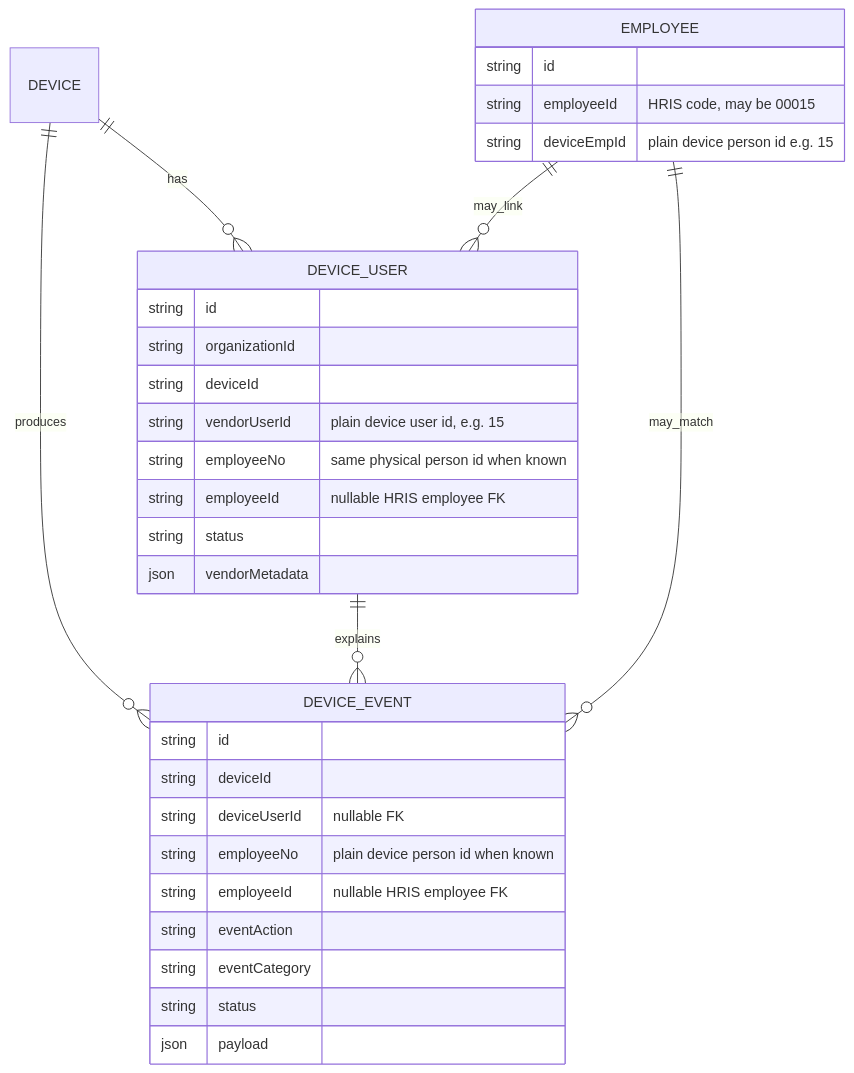
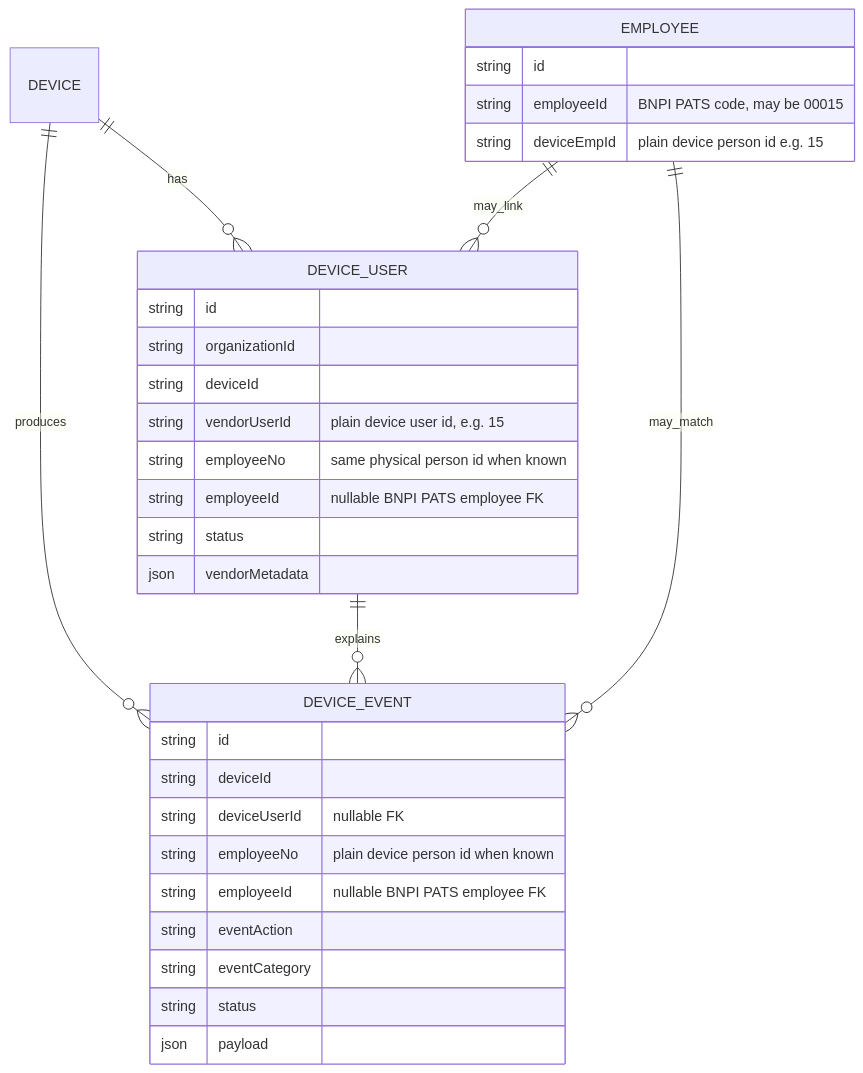
The third of 6 diagrams in docs/HIKVISION_ENROLLMENT_IDENTITY_FLOW.md (bnpimanufacturingsolution/bandai-infra-bnpi-pats), drawn with Mermaid before and after one commit. The commit also changed other lines of this file and 4037 other files, not shown here.

````diff
--- a/docs/HIKVISION_ENROLLMENT_IDENTITY_FLOW.md
+++ b/docs/HIKVISION_ENROLLMENT_IDENTITY_FLOW.md
@@ -504,34 +504,34 @@
 ```mermaid
 erDiagram
   DEVICE ||--o{ DEVICE_USER : has
   DEVICE ||--o{ DEVICE_EVENT : produces
   DEVICE_USER ||--o{ DEVICE_EVENT : explains
   EMPLOYEE ||--o{ DEVICE_USER : may_link
   EMPLOYEE ||--o{ DEVICE_EVENT : may_match
   DEVICE_USER {
     string id
     string organizationId
     string deviceId
     string vendorUserId "plain device user id, e.g. 15"
     string employeeNo "same physical person id when known"
-    string employeeId "nullable HRIS employee FK"
+    string employeeId "nullable BNPI PATS employee FK"
     string status
     json vendorMetadata
   }
   DEVICE_EVENT {
     string id
     string deviceId
     string deviceUserId "nullable FK"
     string employeeNo "plain device person id when known"
-    string employeeId "nullable HRIS employee FK"
+    string employeeId "nullable BNPI PATS employee FK"
     string eventAction
     string eventCategory
     string status
     json payload
   }
   EMPLOYEE {
     string id
-    string employeeId "HRIS code, may be 00015"
+    string employeeId "BNPI PATS code, may be 00015"
     string deviceEmpId "plain device person id e.g. 15"
   }
 ```
````
